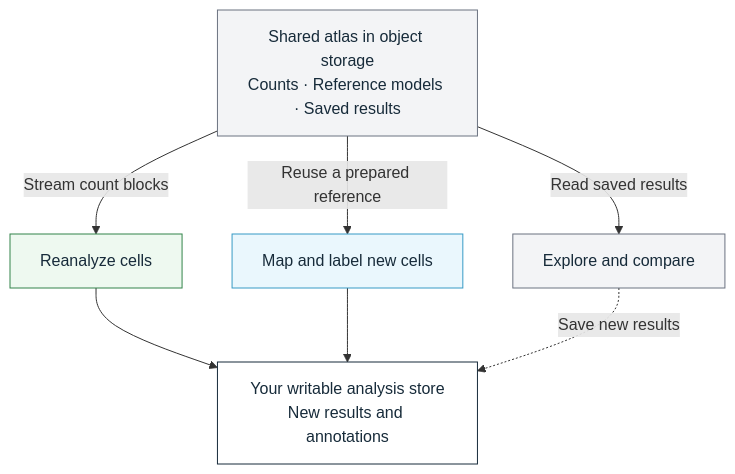
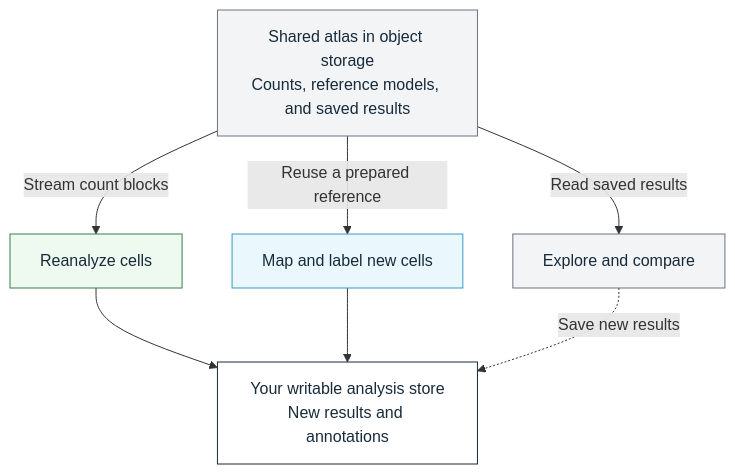
Before and after one commit to NygenAnalytics/CyteArc: the diagram in docs/source/index.md, drawn with Mermaid. The commit also changed other lines of this file and 6 other files, not shown here.

````diff
--- a/docs/source/index.md
+++ b/docs/source/index.md
@@ -25,19 +20,19 @@
 ```{mermaid}
 flowchart TB
-    atlas["Shared atlas in object storage<br/>Counts · Reference models · Saved results"]
+    atlas["Shared atlas in object storage<br/>Counts, reference models, and saved results"]
     reanalyze["Reanalyze cells"]
     map["Map and label new cells"]
     explore["Explore and compare"]
     results["Your writable analysis store<br/>New results and annotations"]
     atlas -->|Stream count blocks| reanalyze
     atlas -->|Reuse a prepared reference| map
     atlas -->|Read saved results| explore
     reanalyze --> results
     map --> results
     explore -.->|Save new results| results
     style atlas fill:#f3f4f6,stroke:#6b7280,color:#172b3a
     style reanalyze fill:#eef9f0,stroke:#32834a,color:#172b3a
     style map fill:#eaf7fd,stroke:#379ac5,color:#172b3a
     style explore fill:#f3f4f6,stroke:#6b7280,color:#172b3a
     style results fill:#ffffff,stroke:#172b3a,color:#172b3a
 ```
````
